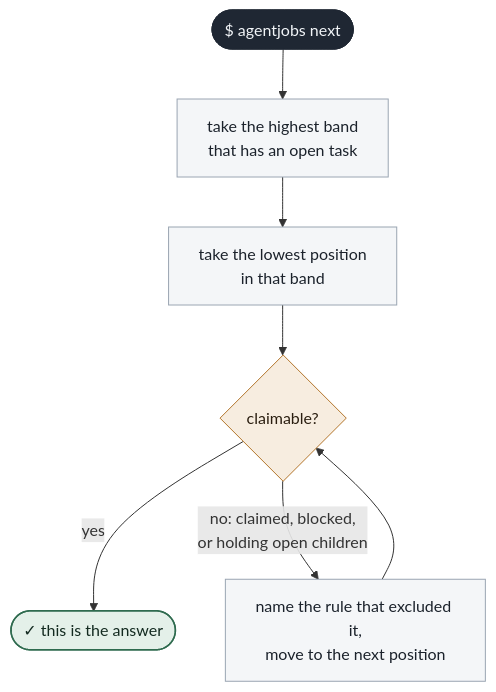
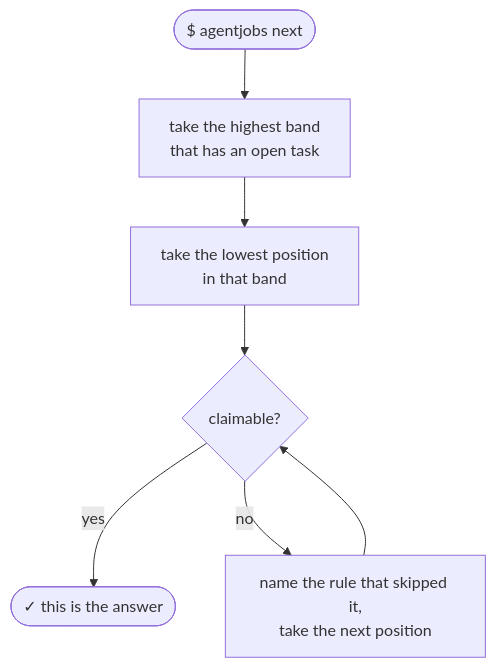
The second of 3 diagrams in README.md (jeffposey/agentjobs), drawn with Mermaid before and after one commit. The commit also changed other lines of this file, not shown here.

````diff
--- a/README.md
+++ b/README.md
@@ -39,14 +35,9 @@
 ```mermaid
 flowchart TD
-    S(["$ agentjobs next"]):::cmd --> B["take the highest band<br/>that has an open task"]:::step
-    B --> P["take the lowest position<br/>in that band"]:::step
-    P --> C{"claimable?"}:::gate
-    C -- yes --> W(["✓ this is the answer"]):::answer
-    C -- "no: claimed, blocked,<br/>or holding open children" --> N["name the rule that excluded it,<br/>move to the next position"]:::step
+    S(["$ agentjobs next"]) --> B["take the highest band<br/>that has an open task"]
+    B --> P["take the lowest position<br/>in that band"]
+    P --> C{"claimable?"}
+    C -- yes --> W(["✓ this is the answer"])
+    C -- no --> N["name the rule that skipped it,<br/>take the next position"]
     N --> C
-
-    classDef cmd fill:#1F2733,stroke:#1F2733,color:#F2F5F8
-    classDef step fill:#F4F6F8,stroke:#9AA5B2,color:#1B222B
-    classDef gate fill:#F7EDE0,stroke:#B4762C,color:#2A1E10
-    classDef answer fill:#E4F0E9,stroke:#2F6B4F,stroke-width:1.5px,color:#132A20
 ```
````
